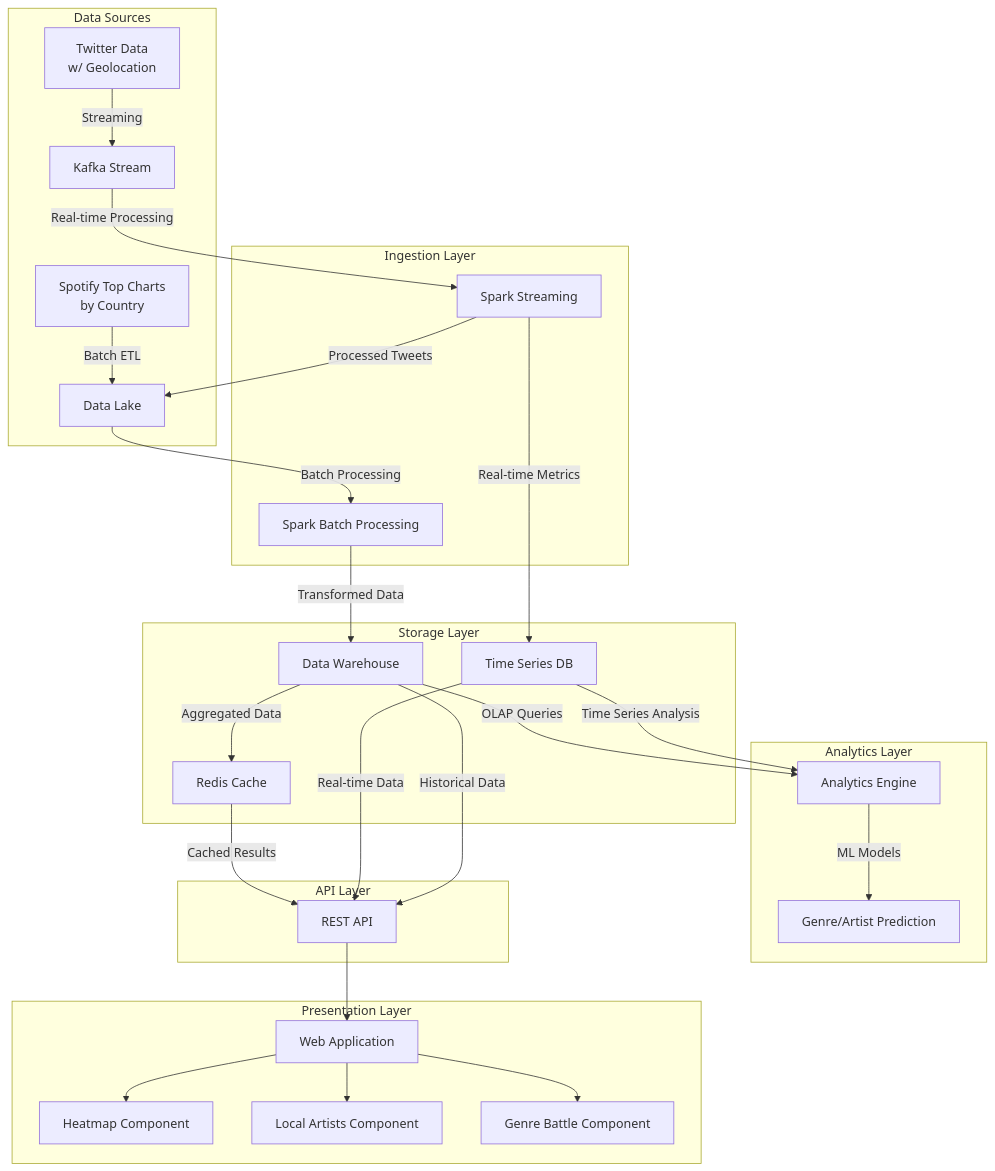
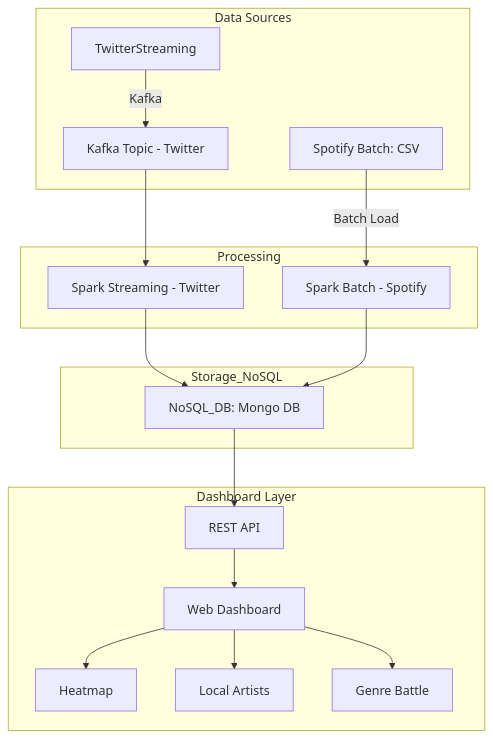
One commit to rozee01/ProjetBigData changed the diagram in README.md. Above: the diagram before and after it, drawn with Mermaid.

````diff
--- a/README.md
+++ b/README.md
@@ -38,38 +38,29 @@
 ```mermaid
 flowchart TD
+    %% Data Sources
     subgraph Data Sources
-        TD[Twitter Data\nw/ Geolocation] -->|Streaming| KS[Kafka Stream]
-        SD[Spotify Top Charts\nby Country] -->|Batch ETL| DL[Data Lake]
+        TW_Stream[TwitterStreaming] -->|Kafka| K1[Kafka Topic - Twitter]
+        SP_Batch[Spotify Batch: CSV] 
     end
 
-    subgraph Ingestion Layer
-        KS -->|Real-time Processing| SP[Spark Streaming]
-        SP -->|Processed Tweets| DL
-        DL -->|Batch Processing| BP[Spark Batch Processing]
+    %% Processing Layer
+    subgraph Processing
+        K1 --> SS1[Spark Streaming - Twitter]
+        SP_Batch-->|Batch Load| SB2[Spark Batch - Spotify]
     end
 
-    subgraph Storage Layer
-        BP -->|Transformed Data| DW[Data Warehouse]
-        SP -->|Real-time Metrics| TS[Time Series DB]
-        DW -->|Aggregated Data| RC[Redis Cache]
+    %% Unified NoSQL Storage
+    subgraph Storage_NoSQL
+        SS1 --> NOSQL[NoSQL_DB: Mongo DB]
+        SB2 --> NOSQL
     end
 
-    subgraph Analytics Layer
-        DW -->|OLAP Queries| AN[Analytics Engine]
-        TS -->|Time Series Analysis| AN
-        AN -->|ML Models| ML[Genre/Artist Prediction]
-    end
-
-    subgraph API Layer
-        RC -->|Cached Results| API[REST API]
-        TS -->|Real-time Data| API
-        DW -->|Historical Data| API
-    end
-
-    subgraph Presentation Layer
-        API --> WA[Web Application]
-        WA --> HM[Heatmap Component]
-        WA --> LA[Local Artists Component]
-        WA --> GB[Genre Battle Component]
+    %% API + Dashboard
+    subgraph Dashboard Layer
+        NOSQL --> API[REST API]
+        API --> UI[Web Dashboard]
+        UI --> HM[Heatmap]
+        UI --> LA[Local Artists]
+        UI --> GB[Genre Battle]
     end
 ```  
````
